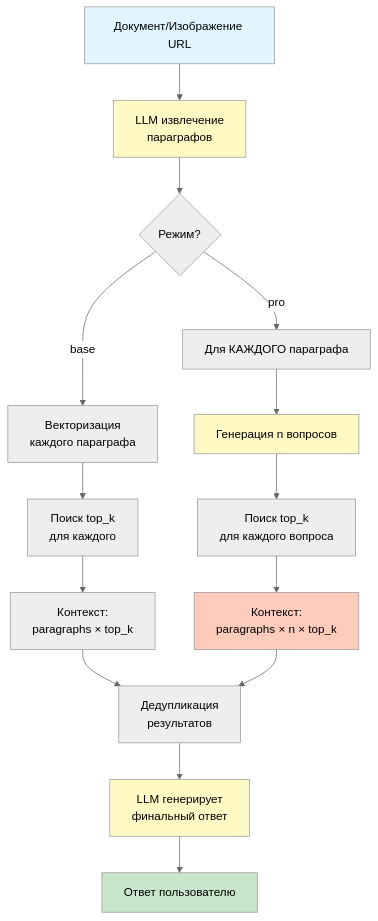
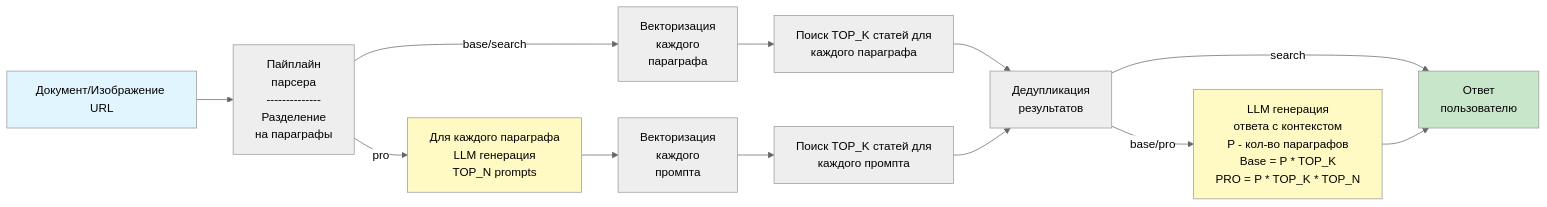
Before and after one commit to Hanbiike/law-rag-system: the third of 5 diagrams in README.ru.md, drawn with Mermaid (neutral theme). The commit also changed other lines of this file and 9 other files, not shown here.

````diff
--- a/README.ru.md
+++ b/README.ru.md
@@ -399,26 +375,18 @@
 ```mermaid
-flowchart TD
-    A[Документ/Изображение URL] --> B[LLM извлечение<br/>параграфов]
-    B --> C{Режим?}
+flowchart LR
+    A["Документ/Изображение URL"] --> B["Пайплайн<br>парсера<br>--------------<br>Разделение<br>на параграфы"]
+    B -- base/search --> D1["Векторизация<br>каждого<br>параграфа"]
+    D1 --> D2["Поиск TOP_K статей для<br> каждого параграфа"] --> G
+    B -- pro --> E1["Для каждого параграфа<br>LLM генерация<br>TOP_N prompts"]
+    E1 --> E2["Векторизация<br>каждого<br>промпта"]
+    E2 --> E3["Поиск TOP_K статей для<br> каждого промпта"] --> G["Дедупликация<br>результатов"]
     
-    C -->|base| D1[Векторизация<br/>каждого параграфа]
-    D1 --> D2[Поиск top_k<br/>для каждого]
-    D2 --> D3[Контекст:<br/>paragraphs × top_k]
-    
-    C -->|pro| E1[Для КАЖДОГО параграфа]
-    E1 --> E2[Генерация n вопросов]
-    E2 --> E3[Поиск top_k<br/>для каждого вопроса]
-    E3 --> E4[Контекст:<br/>paragraphs × n × top_k]
-    
-    D3 --> F[Дедупликация<br/>результатов]
-    E4 --> F
-    F --> G[LLM генерирует<br/>финальный ответ]
-    G --> H[Ответ пользователю]
-    
+    G -- search --> K["Ответ<br>пользователю"]
+    G -- base/pro --> J["LLM генерация<br>ответа с контекстом<br>P - кол-во параграфов<br>Base = P * TOP_K<br>PRO = P * TOP_K * TOP_N"]
+    J --> K
+
     style A fill:#e1f5ff
-    style H fill:#c8e6c9
-    style B fill:#fff9c4
-    style E2 fill:#fff9c4
-    style G fill:#fff9c4
-    style E4 fill:#ffccbc
+    style E1 fill:#FFF9C4
+    style K fill:#c8e6c9
+    style J fill:#fff9c4
 ```
````
